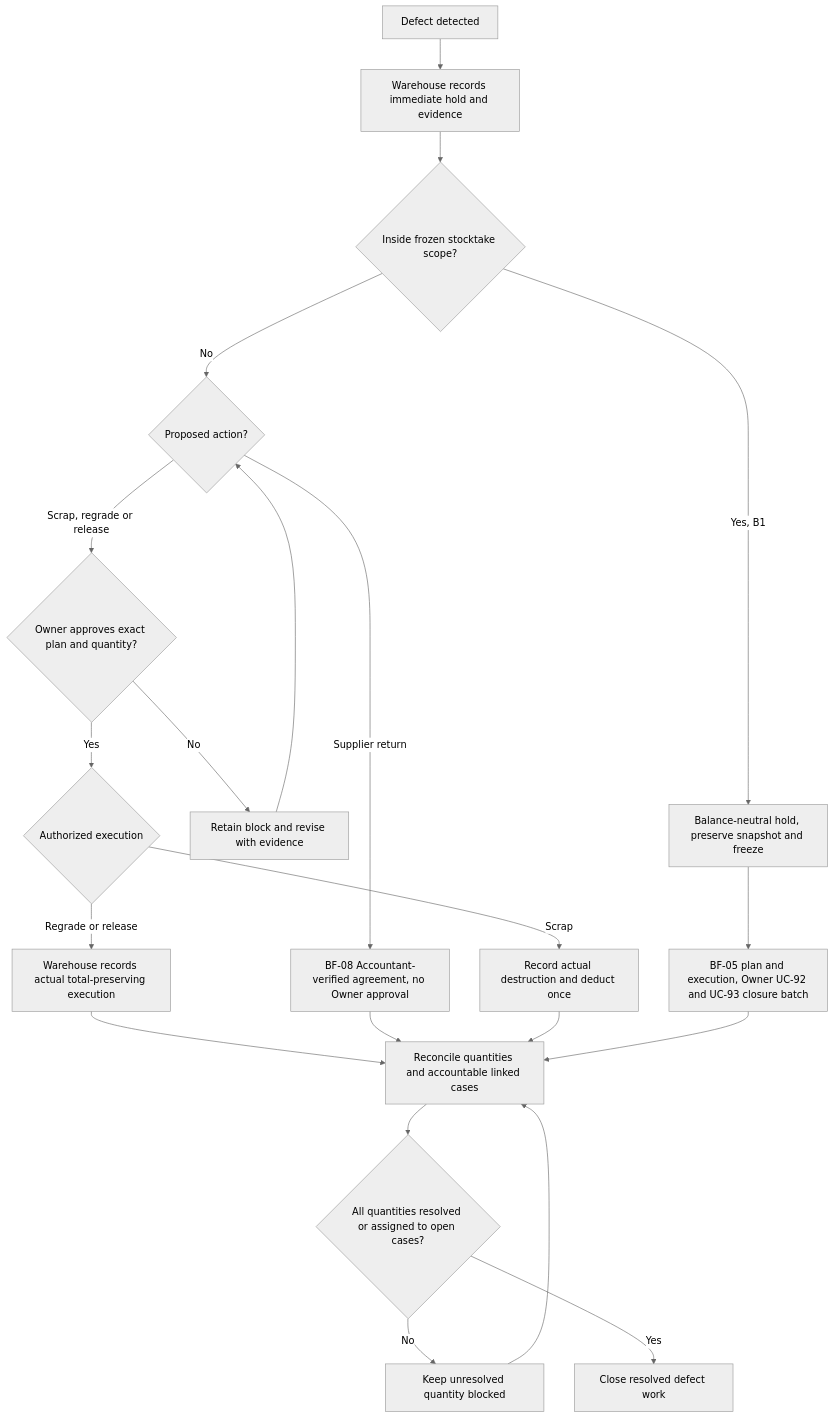
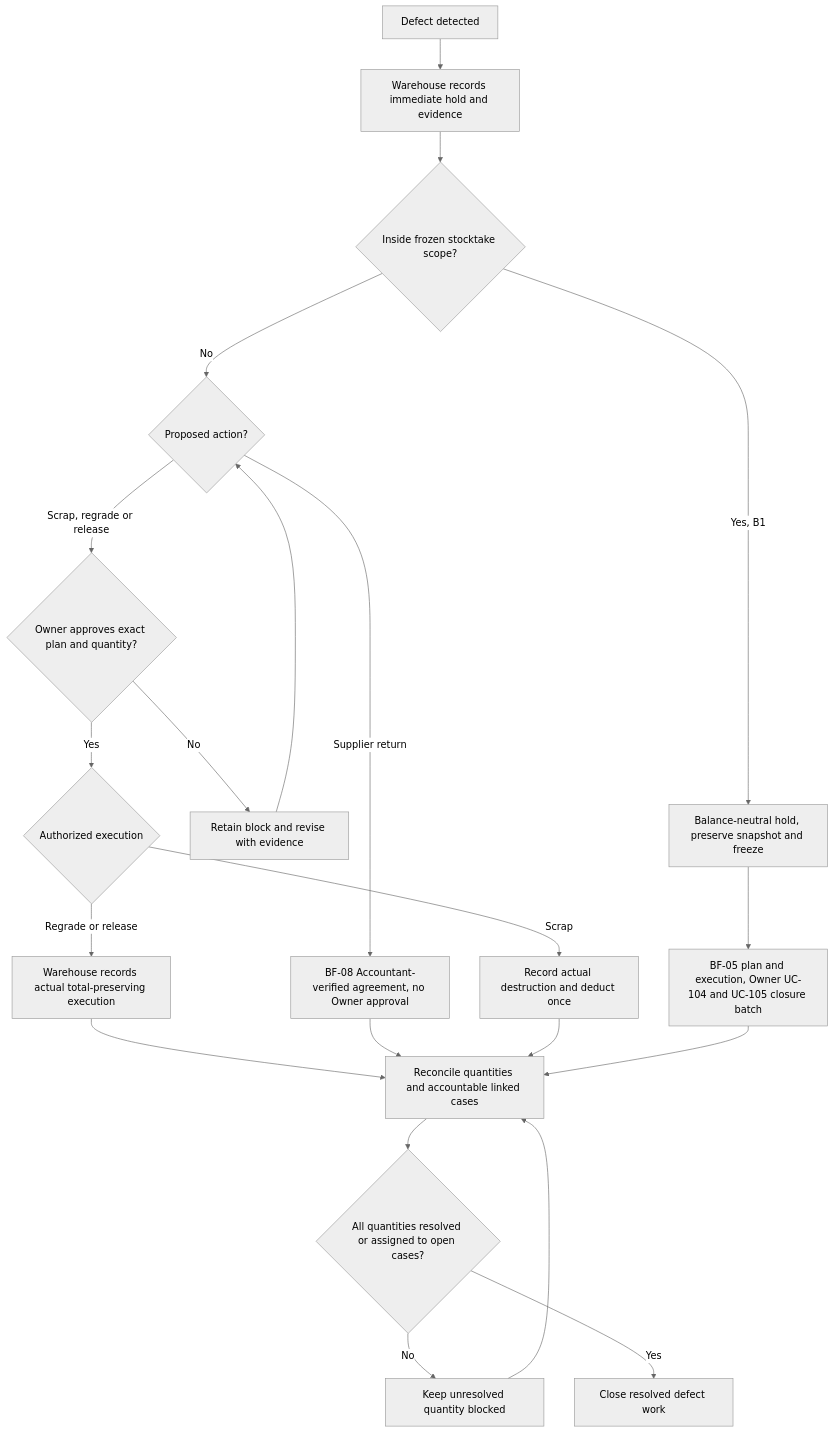
The third of 9 diagrams in git_doc/docs/02_nghiep_vu/de_xuat_quy_trinh_2_EN.md (minhoa2005/building-material-management), drawn with Mermaid (neutral theme) before and after one commit. The commit also changed other lines of this file and 13 other files, not shown here.

````diff
--- a/git_doc/docs/02_nghiep_vu/de_xuat_quy_trinh_2_EN.md
+++ b/git_doc/docs/02_nghiep_vu/de_xuat_quy_trinh_2_EN.md
@@ -746,24 +741,24 @@
 ```mermaid
 %% WMSD business baseline 3.1.0 - synchronized 2026-10-25
 flowchart TD
  A[Defect detected] --> B[Warehouse records immediate hold and evidence]
  B --> C{Inside frozen stocktake scope?}
  C -->|Yes, B1| K[Balance-neutral hold, preserve snapshot and freeze]
- K --> K2[BF-05 plan and execution, Owner UC-92 and UC-93 closure batch]
+ K --> K2[BF-05 plan and execution, Owner UC-104 and UC-105 closure batch]
  C -->|No| X{Proposed action?}
  X -->|Supplier return| H[BF-08 Accountant-verified agreement, no Owner approval]
  X -->|Scrap, regrade or release| D{Owner approves exact plan and quantity?}
  D -->|No| E[Retain block and revise with evidence]
  E --> X
  D -->|Yes| F{Authorized execution}
  F -->|Regrade or release| G[Warehouse records actual total-preserving execution]
  F -->|Scrap| I[Record actual destruction and deduct once]
  G --> J[Reconcile quantities and accountable linked cases]
  H --> J
  I --> J
  K2 --> J
  J --> R{All quantities resolved or assigned to open cases?}
  R -->|No| W[Keep unresolved quantity blocked]
  W --> J
  R -->|Yes| Z[Close resolved defect work]
 ```
````
